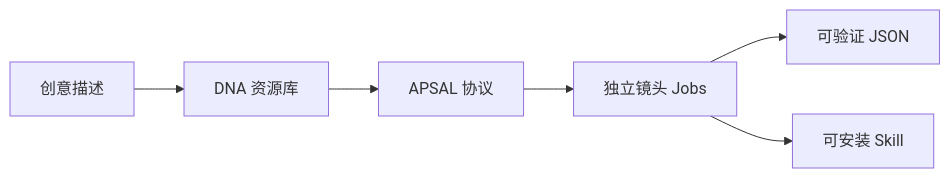
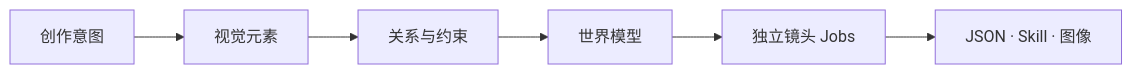
One commit to henyjone/apsal-open changed the diagram in README.zh-CN.md. Above: the diagram before and after it, drawn with Mermaid. The commit also changed other lines of this file and 6 other files, not shown here.

````diff
--- a/README.zh-CN.md
+++ b/README.zh-CN.md
@@ -24,8 +26,8 @@
 ```mermaid
 flowchart LR
-    A["创意描述"] --> B["DNA 资源库"]
-    B --> C["APSAL 协议"]
-    C --> D["独立镜头 Jobs"]
-    D --> E["可验证 JSON"]
-    D --> F["可安装 Skill"]
+    A["创作意图"] --> B["视觉元素"]
+    B --> C["关系与约束"]
+    C --> D["世界模型"]
+    D --> E["独立镜头 Jobs"]
+    E --> F["JSON · Skill · 图像"]
 ```
````
